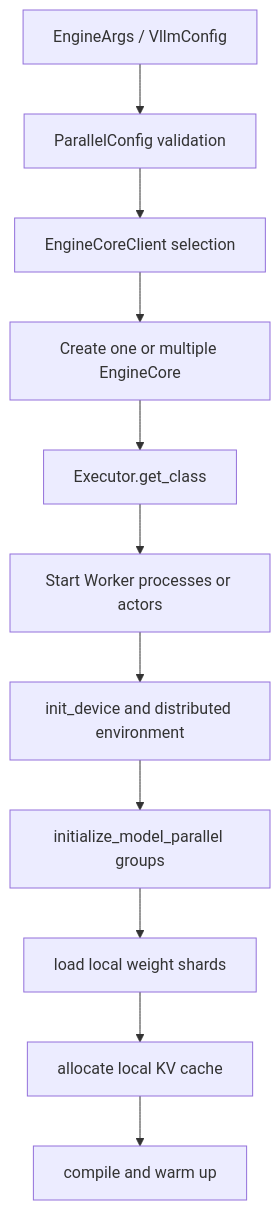
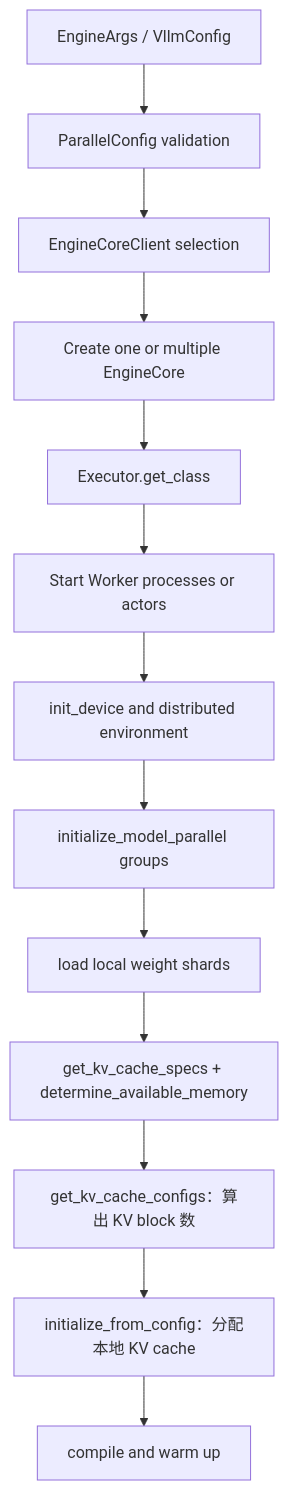
Diagram 37 of 41 in book/09-distributed/README.md (cluster1900/vllm_reader), drawn with Mermaid before and after one commit. The commit also changed other lines of this file and 1 other file, not shown here.

First line of the commit message:
docs(ch09): F/D 批次 B7b — §9.8–9.14 公式讲解、LSE 合并图与符号统一（refs bot-hub#128） (#30)

````diff
--- a/book/09-distributed/README.md
+++ b/book/09-distributed/README.md
@@ -2112,13 +2669,15 @@
 ```mermaid
 flowchart TD
     A[EngineArgs / VllmConfig] --> B[ParallelConfig validation]
     B --> C[EngineCoreClient selection]
     C --> D[Create one or multiple EngineCore]
     D --> E[Executor.get_class]
     E --> F[Start Worker processes or actors]
     F --> G[init_device and distributed environment]
     G --> H[initialize_model_parallel groups]
     H --> I[load local weight shards]
-    I --> J[allocate local KV cache]
+    I --> I2[get_kv_cache_specs + determine_available_memory]
+    I2 --> I3[get_kv_cache_configs：算出 KV block 数]
+    I3 --> J[initialize_from_config：分配本地 KV cache]
     J --> K[compile and warm up]
 ```
````
